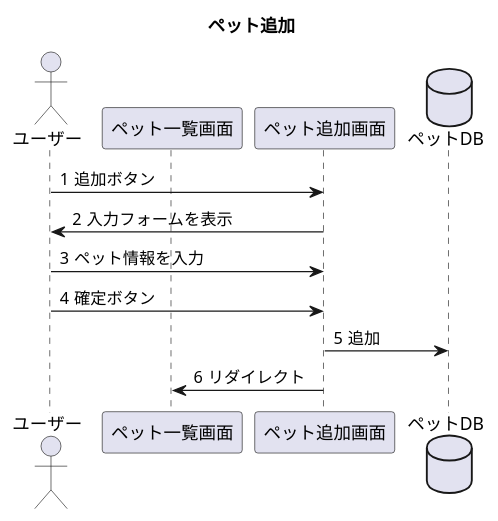
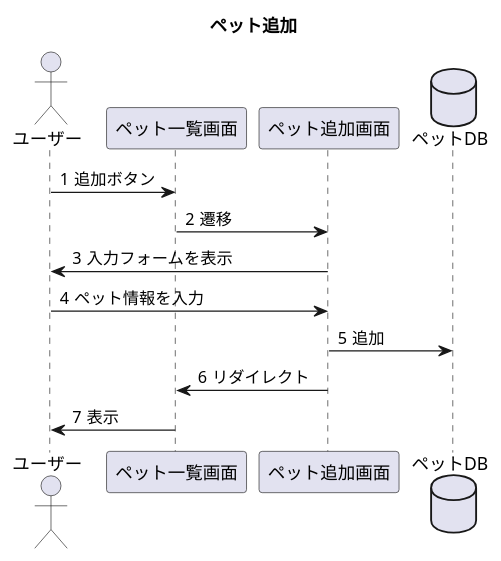
The diagram in UML/seq_petAdd.pu (Tyamanaka07/WebSystem), drawn with PlantUML before and after one commit. The commit also changed 1 other file, not shown here.

```diff
--- a/UML/seq_petAdd.pu
+++ b/UML/seq_petAdd.pu
@@ -1,16 +1,17 @@
 @startuml
 title ペット追加
 actor ユーザー
 participant ペット一覧画面
 participant ペット追加画面
 database ペットDB
 autonumber "#"
 
-ユーザー->ペット追加画面:追加ボタン
+ユーザー->ペット一覧画面:追加ボタン
+ペット一覧画面->ペット追加画面:遷移
 ペット追加画面->ユーザー:入力フォームを表示
 ユーザー->ペット追加画面:ペット情報を入力
-ユーザー->ペット追加画面:確定ボタン
 ペット追加画面->ペットDB:追加
 ペット追加画面->ペット一覧画面:リダイレクト
+ペット一覧画面->ユーザー:表示
 
 @enduml
```
